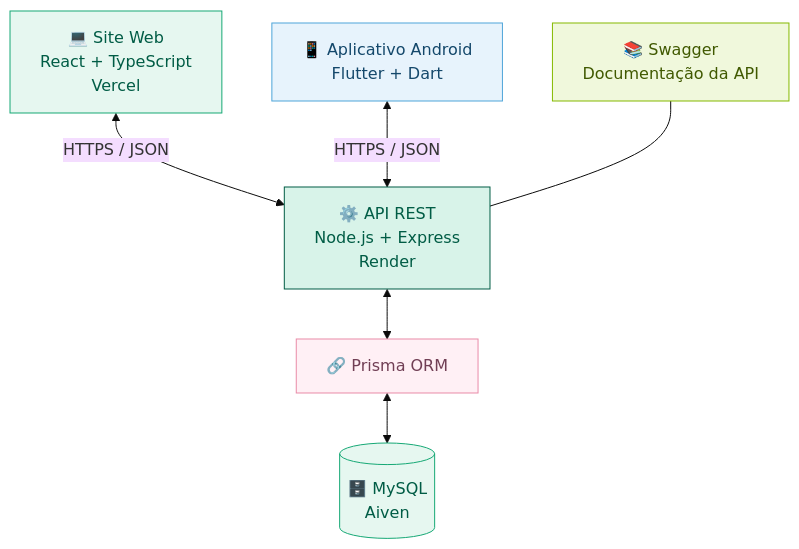
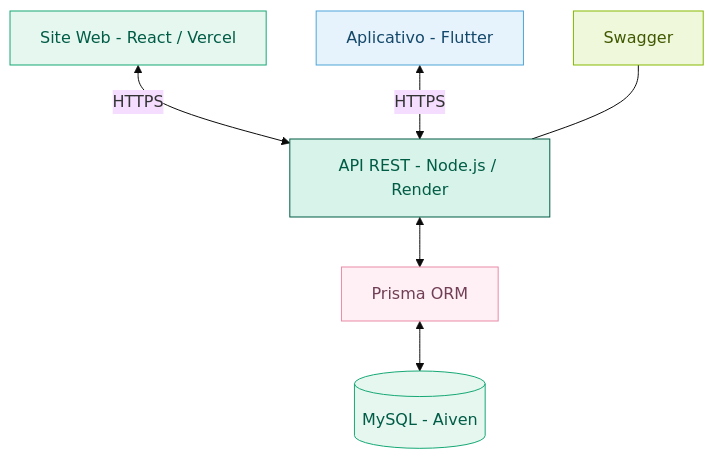
Before and after one commit to Carollina-Ferreira/Sate: the diagram in README.md, drawn with Mermaid (base theme). The commit also changed other lines of this file, not shown here.

````diff
--- a/README.md
+++ b/README.md
@@ -299,22 +97,15 @@
 ```mermaid
 flowchart TD
-    A["💻 Site Web<br/>React + TypeScript<br/>Vercel"]
-    B["📱 Aplicativo Android<br/>Flutter + Dart"]
-    C["⚙️ API REST<br/>Node.js + Express<br/>Render"]
-    D["🔗 Prisma ORM"]
-    E[("🗄️ MySQL<br/>Aiven")]
-    F["📚 Swagger<br/>Documentação da API"]
-
-    A <-->|HTTPS / JSON| C
-    B <-->|HTTPS / JSON| C
-    F --- C
-    C <--> D
-    D <--> E
+    A["Site Web - React / Vercel"] <-->|HTTPS| C["API REST - Node.js / Render"]
+    B["Aplicativo - Flutter"] <-->|HTTPS| C
+    C <--> D["Prisma ORM"]
+    D <--> E[("MySQL - Aiven")]
+    F["Swagger"] --- C
 
     style A fill:#E6F7F0,stroke:#16A875,color:#005C45
     style B fill:#E7F3FC,stroke:#4EA5D9,color:#14486B
     style C fill:#D8F3E9,stroke:#005C45,color:#005C45
     style D fill:#FFF0F5,stroke:#E98BA8,color:#713F55
     style E fill:#E6F7F0,stroke:#16A875,color:#005C45
     style F fill:#F0F8DC,stroke:#85B900,color:#405900
 ```
````
